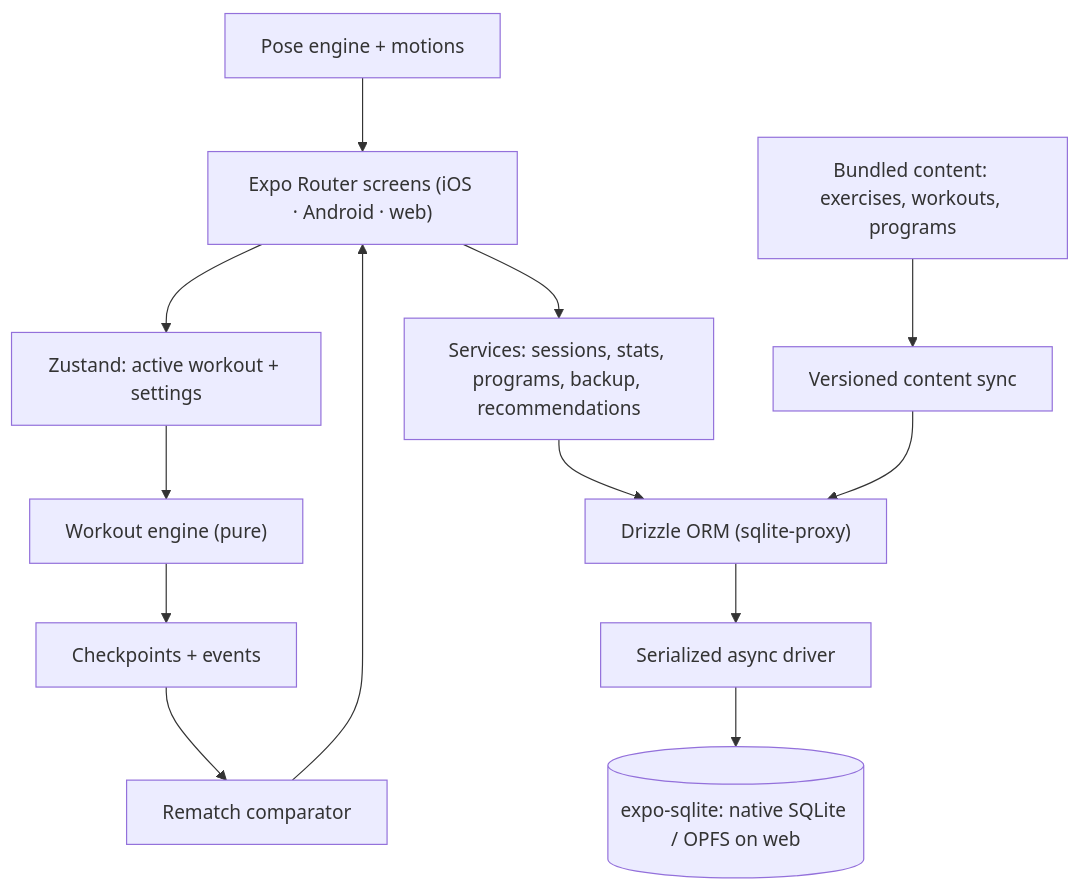
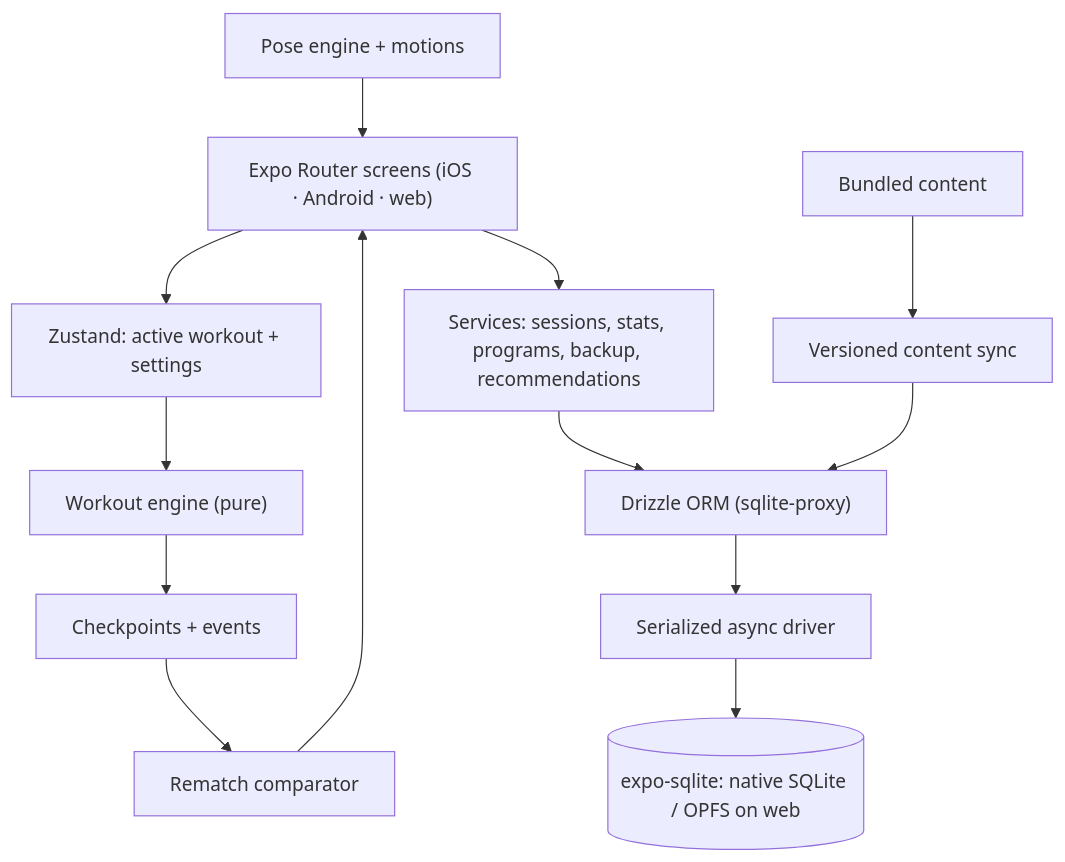
One commit to sdziupin/Rematch changed the diagram in README.md. Above: the diagram before and after it, drawn with Mermaid. The commit also changed other lines of this file and 89 other files, not shown here.

````diff
--- a/README.md
+++ b/README.md
@@ -150,15 +161,15 @@
 ```mermaid
 flowchart TB
     UI["Expo Router screens (iOS · Android · web)"] --> STORE["Zustand: active workout + settings"]
     UI --> SVC["Services: sessions, stats, programs, backup, recommendations"]
     STORE --> ENGINE["Workout engine (pure)"]
     ENGINE --> EVENTS["Checkpoints + events"]
     EVENTS --> RACE["Rematch comparator"]
     RACE --> UI
     SVC --> ORM["Drizzle ORM (sqlite-proxy)"]
     ORM --> QUEUE["Serialized async driver"]
     QUEUE --> SQLITE[("expo-sqlite: native SQLite / OPFS on web")]
-    CONTENT["Bundled content: exercises, workouts, programs"] --> SYNC["Versioned content sync"]
+    CONTENT["Bundled content"] --> SYNC["Versioned content sync"]
     SYNC --> ORM
     ANIM["Pose engine + motions"] --> UI
 ```
````
